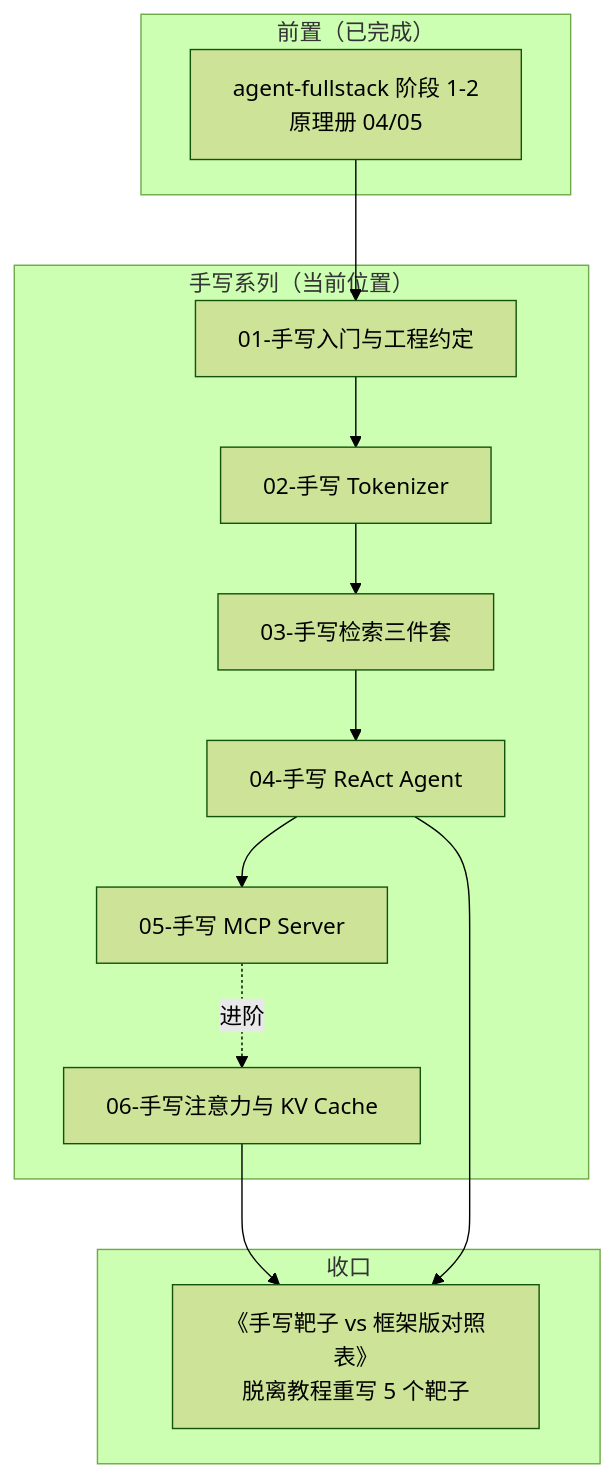
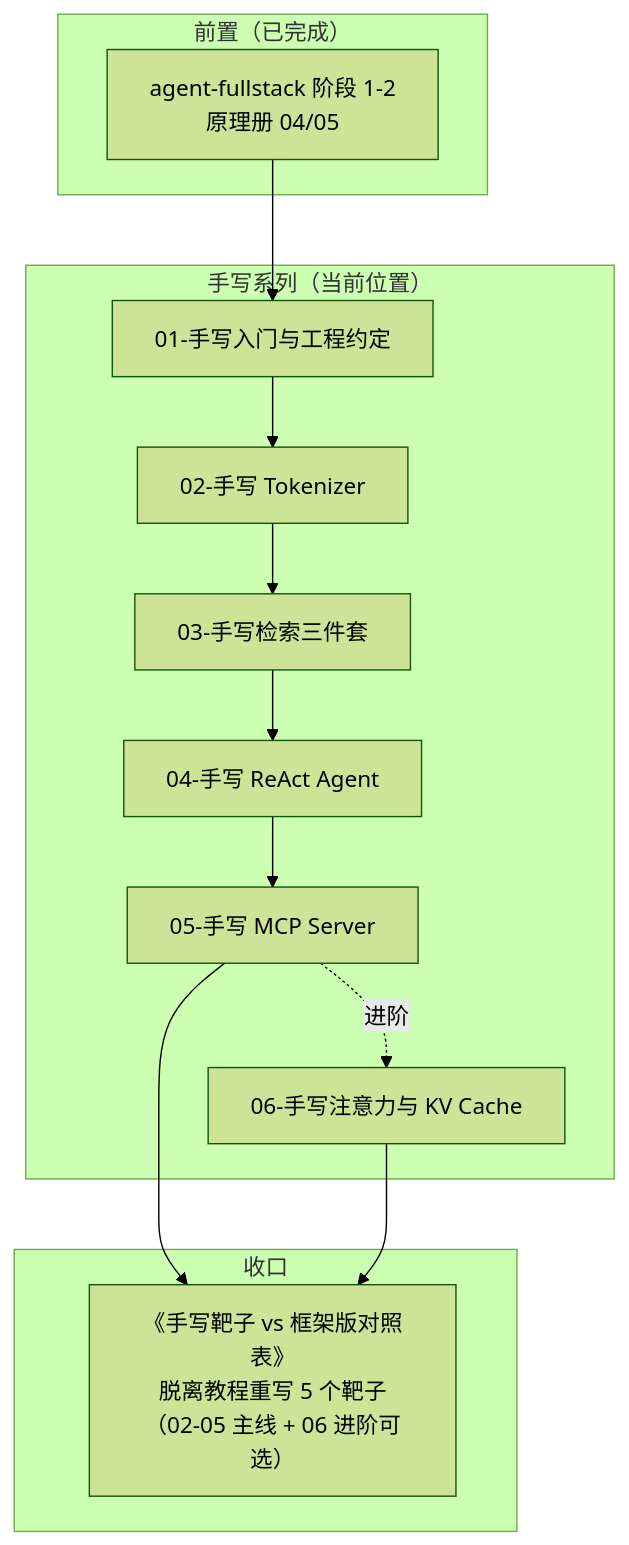
One commit to belos-street/kb-vault changed the diagram in src/artificial-intelligence/handcrafted/readme.md. Above: the diagram before and after it, drawn with Mermaid (forest theme). The commit also changed other lines of this file and 2 other files, not shown here.

````diff
--- a/src/artificial-intelligence/handcrafted/readme.md
+++ b/src/artificial-intelligence/handcrafted/readme.md
@@ -42,22 +44,22 @@
 ```mermaid
 graph TB
     subgraph S1[前置（已完成）]
         A1["agent-fullstack 阶段 1-2<br/>原理册 04/05"]
     end
 
     subgraph S2[手写系列（当前位置）]
         M1["01-手写入门与工程约定"] --> M2["02-手写 Tokenizer"]
         M2 --> M3["03-手写检索三件套"]
         M3 --> M4["04-手写 ReAct Agent"]
         M4 --> M5["05-手写 MCP Server"]
         M5 -.进阶.-> M6["06-手写注意力与 KV Cache"]
     end
 
     subgraph S3[收口]
-        B1["《手写靶子 vs 框架版对照表》<br/>脱离教程重写 5 个靶子"]
+        B1["《手写靶子 vs 框架版对照表》<br/>脱离教程重写 5 个靶子（02-05 主线 + 06 进阶可选）"]
     end
 
     A1 --> M1
+    M5 --> B1
     M6 --> B1
-    M4 --> B1
 ```
````
